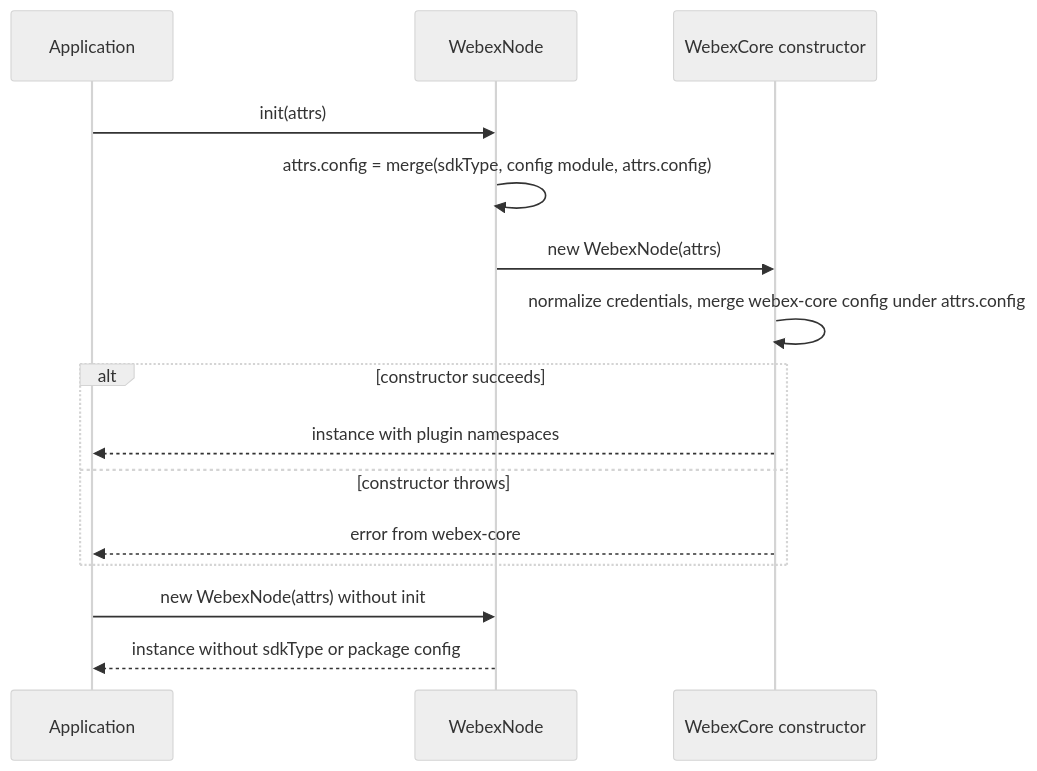
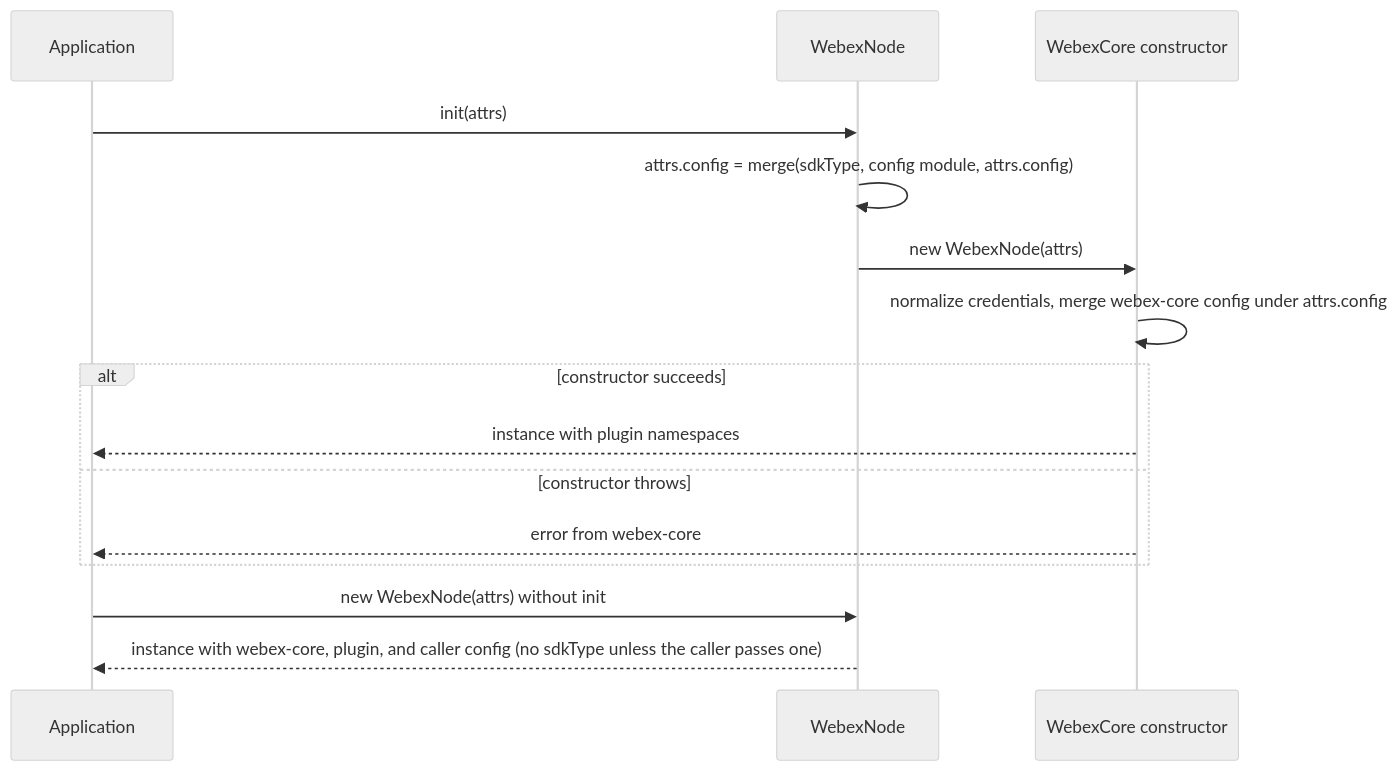
Before and after one commit to webex/webex-js-sdk: the second of 3 diagrams in packages/webex-node/src/docs/README.md, drawn with Mermaid (neutral theme). The commit also changed other lines of this file and 2 other files, not shown here.

Commit message:
docs(webex-node): fix round-1 validator findings (SPARK-853131)

````diff
--- a/packages/webex-node/src/docs/README.md
+++ b/packages/webex-node/src/docs/README.md
@@ -210,17 +210,17 @@
 ```mermaid
 sequenceDiagram
   participant App as Application
   participant Node as WebexNode
   participant Core as WebexCore constructor
   App->>Node: init(attrs)
   Node->>Node: attrs.config = merge(sdkType, config module, attrs.config)
   Node->>Core: new WebexNode(attrs)
   Core->>Core: normalize credentials, merge webex-core config under attrs.config
   alt constructor succeeds
     Core-->>App: instance with plugin namespaces
   else constructor throws
     Core-->>App: error from webex-core
   end
   App->>Node: new WebexNode(attrs) without init
-  Node-->>App: instance without sdkType or package config
+  Node-->>App: instance with webex-core, plugin, and caller config (no sdkType unless the caller passes one)
 ```
````
